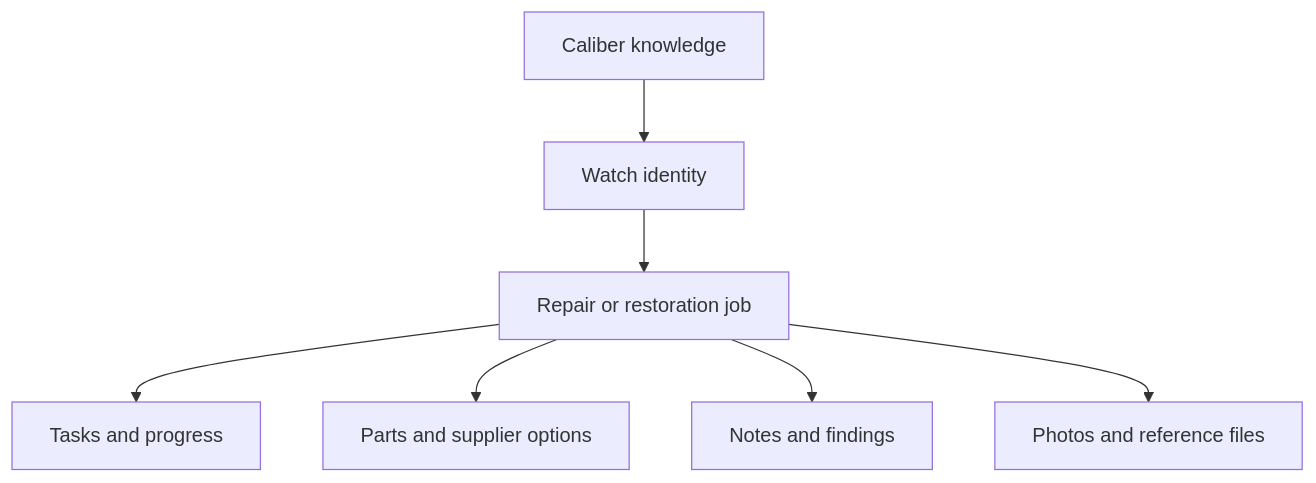
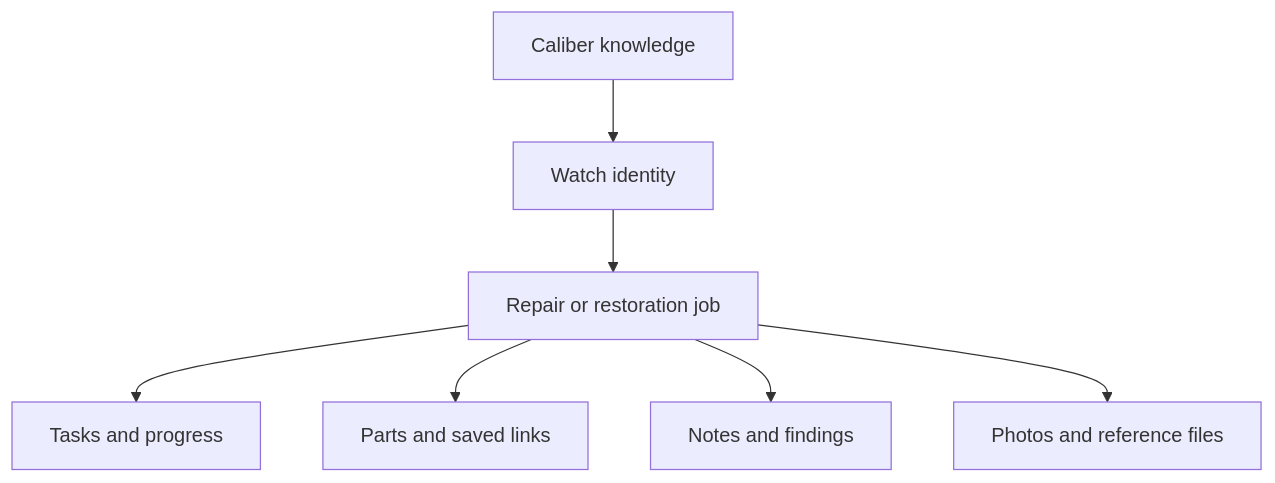
One commit to jorgerodrigues/ure changed the first of 2 diagrams in docs/planning/specification.md. Above: the diagram before and after it, drawn with Mermaid. The commit also changed other lines of this file and 29 other files, not shown here.

````diff
--- a/docs/planning/specification.md
+++ b/docs/planning/specification.md
@@ -56,9 +56,9 @@
 ```mermaid
 flowchart TD
   C[Caliber knowledge] --> W[Watch identity]
   W --> J[Repair or restoration job]
   J --> T[Tasks and progress]
-  J --> P[Parts and supplier options]
+  J --> P[Parts and saved links]
   J --> N[Notes and findings]
   J --> A[Photos and reference files]
 ```
````
